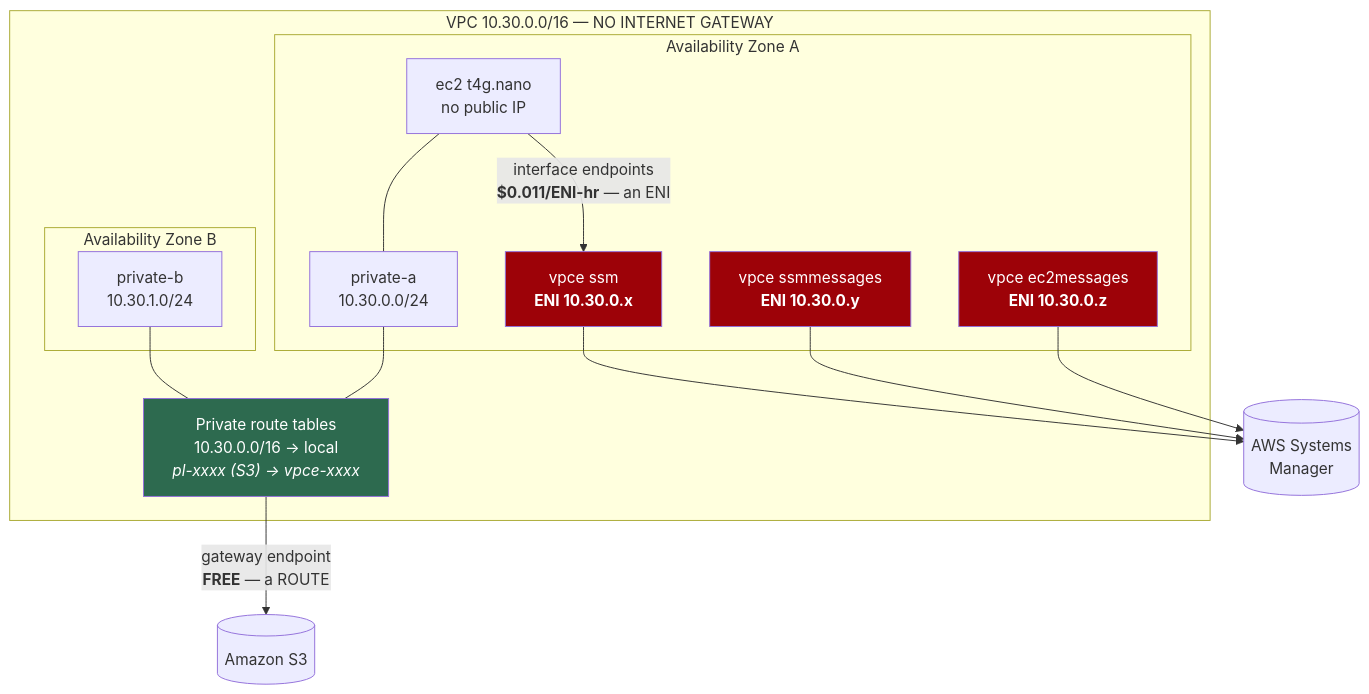
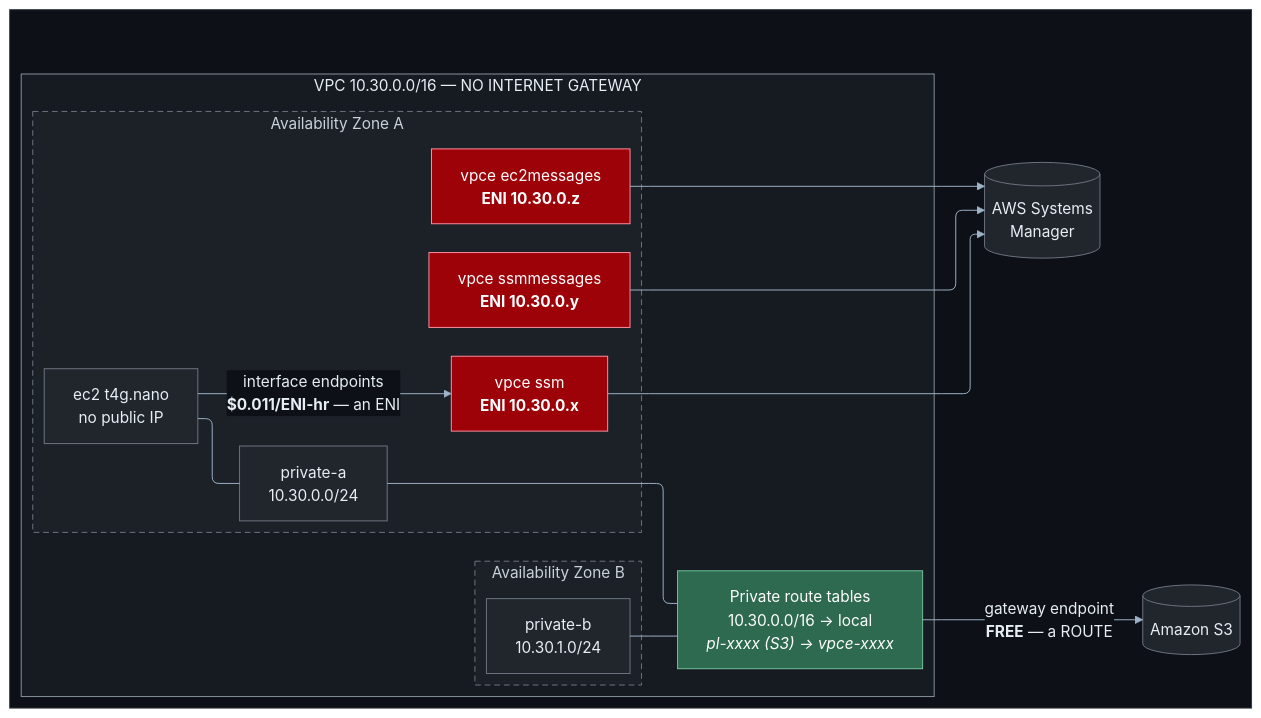
The diagram in labs/03-private-access-and-vpc-endpoints/README.md (HuyNguyen260398/aws-network-architecture), drawn with Mermaid before and after one commit. The commit also changed 13 other files, not shown here.

First line of the commit message:
docs(diagrams): restyle all Mermaid diagrams for dark mode and orthogonal lines

````diff
--- a/labs/03-private-access-and-vpc-endpoints/README.md
+++ b/labs/03-private-access-and-vpc-endpoints/README.md
@@ -36,33 +36,60 @@
 ```mermaid
-graph TB
-    subgraph VPC["VPC 10.30.0.0/16 — NO INTERNET GATEWAY"]
-        subgraph AZA["Availability Zone A"]
-            SUBA["private-a<br/>10.30.0.0/24"]
-            EC2["ec2 t4g.nano<br/>no public IP"]
-            EPSSM["vpce ssm<br/><b>ENI 10.30.0.x</b>"]
-            EPMSG["vpce ssmmessages<br/><b>ENI 10.30.0.y</b>"]
-            EPEC2["vpce ec2messages<br/><b>ENI 10.30.0.z</b>"]
+---
+config:
+  layout: elk
+  theme: base
+  themeVariables:
+    lineColor: "#9fb3c8"
+    textColor: "#e6edf3"
+    primaryColor: "#21262d"
+    primaryTextColor: "#e6edf3"
+    primaryBorderColor: "#6e7681"
+    edgeLabelBackground: "#0d1117"
+    clusterBkg: "#161b22"
+    clusterBorder: "#6e7681"
+    titleColor: "#e6edf3"
+  flowchart:
+    curve: rounded
+    wrappingWidth: 420
+---
+flowchart LR
+    subgraph CANVAS[" "]
+        subgraph VPC["VPC 10.30.0.0/16 — NO INTERNET GATEWAY"]
+            subgraph AZA["Availability Zone A"]
+                SUBA["private-a<br/>10.30.0.0/24"]
+                EC2["ec2 t4g.nano<br/>no public IP"]
+                EPSSM["vpce ssm<br/><b>ENI 10.30.0.x</b>"]
+                EPMSG["vpce ssmmessages<br/><b>ENI 10.30.0.y</b>"]
+                EPEC2["vpce ec2messages<br/><b>ENI 10.30.0.z</b>"]
+            end
+            subgraph AZB["Availability Zone B"]
+                SUBB["private-b<br/>10.30.1.0/24"]
+            end
+            RT["Private route tables<br/>10.30.0.0/16 → local<br/><i>pl-xxxx (S3) → vpce-xxxx</i>"]
         end
-        subgraph AZB["Availability Zone B"]
-            SUBB["private-b<br/>10.30.1.0/24"]
-        end
-        RT["Private route tables<br/>10.30.0.0/16 → local<br/><i>pl-xxxx (S3) → vpce-xxxx</i>"]
+
+        S3[("Amazon S3")]
+        SSM[("AWS Systems<br/>Manager")]
     end
-
-    S3[("Amazon S3")]
-    SSM[("AWS Systems<br/>Manager")]
 
     EC2 --- SUBA
     SUBA --- RT
     SUBB --- RT
     RT -->|"gateway endpoint<br/><b>FREE</b> — a ROUTE"| S3
     EC2 -->|"interface endpoints<br/><b>$0.011/ENI-hr</b> — an ENI"| EPSSM
     EPSSM --> SSM
     EPMSG --> SSM
     EPEC2 --> SSM
 
-    style EPSSM fill:#9d0208,color:#fff
-    style EPMSG fill:#9d0208,color:#fff
-    style EPEC2 fill:#9d0208,color:#fff
-    style RT fill:#2d6a4f,color:#fff
+    classDef canvas fill:#0d1117,stroke:#30363d,color:#e6edf3
+    classDef vpc fill:#161b22,stroke:#8b949e,color:#e6edf3
+    classDef az fill:#1c2128,stroke:#6e7681,color:#c9d1d9,stroke-dasharray:6 4
+    classDef free fill:#2d6a4f,stroke:#74c69d,color:#fff
+    classDef billed fill:#9d0208,stroke:#ff8fa3,color:#fff
+
+    class CANVAS canvas
+    class VPC vpc
+    class AZA,AZB az
+    class RT free
+    class EPSSM,EPMSG,EPEC2 billed
 ```
````
